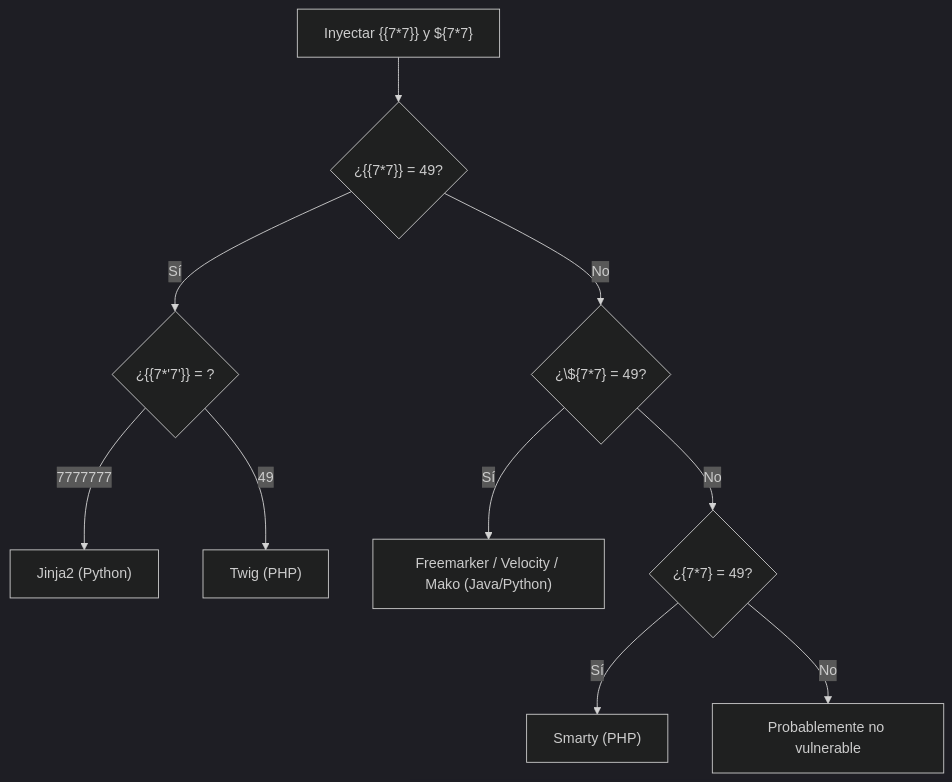
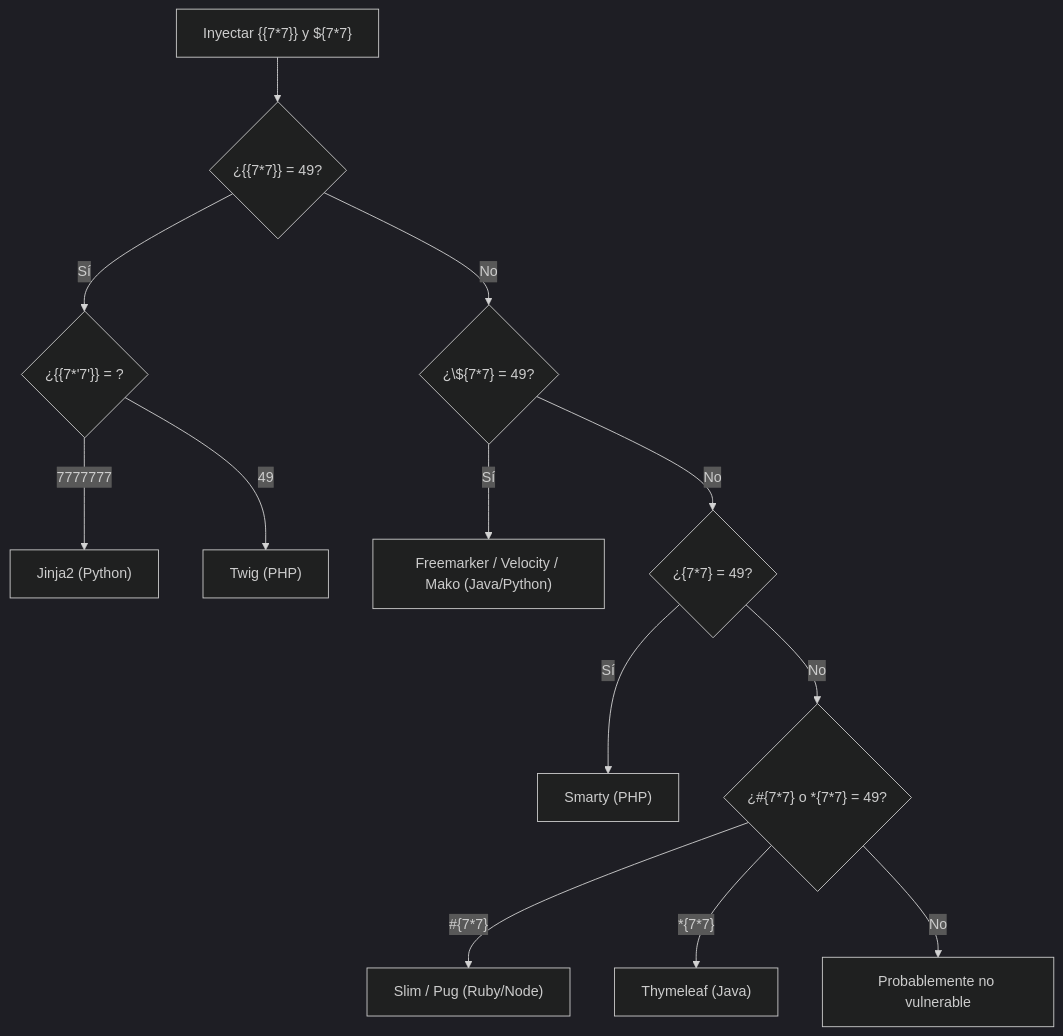
Before and after one commit to Samuel-Prog-CSec/PKM: the diagram in 🔴⚔️ Red Team/Hacking web/13 - SSTI/01 - Identificación de SSTI.md, drawn with Mermaid (dark theme). The commit also changed other lines of this file and 137 other files, not shown here.

````diff
--- a/🔴⚔️ Red Team/Hacking web/13 - SSTI/01 - Identificación de SSTI.md
+++ b/🔴⚔️ Red Team/Hacking web/13 - SSTI/01 - Identificación de SSTI.md
@@ -29,12 +29,15 @@
 ```mermaid
 flowchart TD
     S["Inyectar {{7*7}} y ${7*7}"] --> Q1{"¿{{7*7}} = 49?"}
     Q1 -->|Sí| Q2{"¿{{7*'7'}} = ?"}
     Q2 -->|7777777| JINJA["Jinja2 (Python)"]
     Q2 -->|49| TWIG["Twig (PHP)"]
     Q1 -->|No| Q3{"¿\${7*7} = 49?"}
     Q3 -->|Sí| FM["Freemarker / Velocity / Mako (Java/Python)"]
     Q3 -->|No| Q4{"¿{7*7} = 49?"}
     Q4 -->|Sí| SMARTY["Smarty (PHP)"]
-    Q4 -->|No| NO["Probablemente no vulnerable"]
+    Q4 -->|No| Q5{"¿#{7*7} o *{7*7} = 49?"}
+    Q5 -->|"#{7*7}"| SLIM["Slim / Pug (Ruby/Node)"]
+    Q5 -->|"*{7*7}"| THYME["Thymeleaf (Java)"]
+    Q5 -->|No| NO["Probablemente no vulnerable"]
 ```
````
